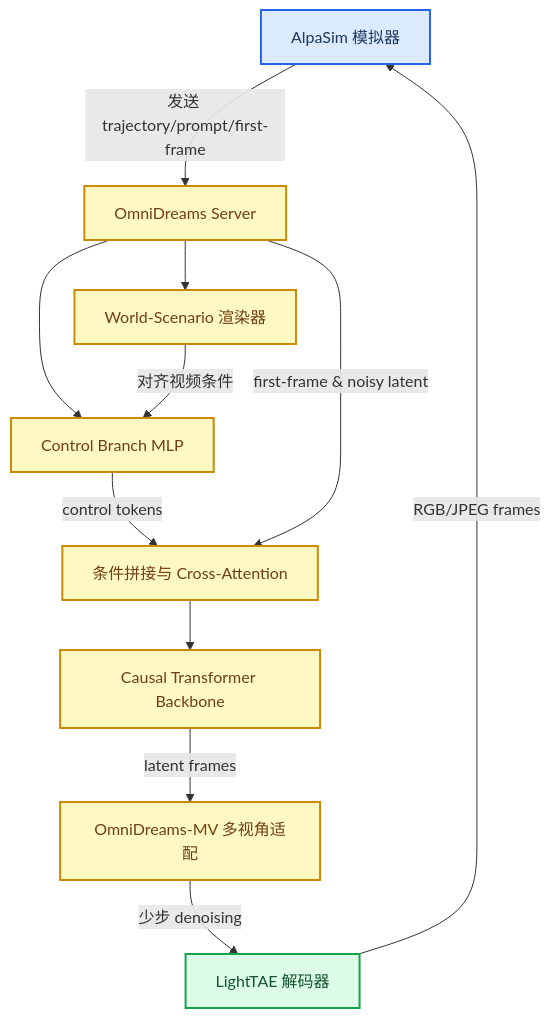
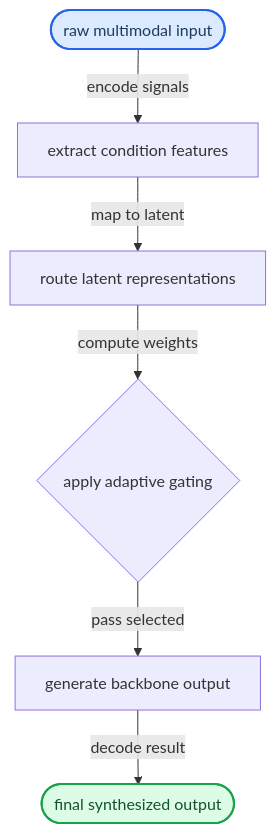
One commit to ShinewineW/paper-rolling changed the third of 10 diagrams in person_vault/2026-06-12_OmniDreamsRealTimeGenerativeWorldModel_2606.03159/report.md. Above: the diagram before and after it, drawn with Mermaid. The commit also changed other lines of this file and 300 other files, not shown here.

````diff
--- a/person_vault/2026-06-12_OmniDreamsRealTimeGenerativeWorldModel_2606.03159/report.md
+++ b/person_vault/2026-06-12_OmniDreamsRealTimeGenerativeWorldModel_2606.03159/report.md
@@ -159,21 +133,19 @@
 ```mermaid
 flowchart TB
-    AlpaSim["AlpaSim 模拟器"] -->|发送 trajectory/prompt/first-frame| OmniServer["OmniDreams Server"]
-    OmniServer --> WSR["World-Scenario 渲染器"]
-    OmniServer --> CB["Control Branch MLP"]
-    WSR -->|对齐视频条件| CB
-    CB -->|control tokens| Concat["条件拼接与 Cross-Attention"]
-    OmniServer -->|first-frame & noisy latent| Concat
-    Concat --> CausalTB["Causal Transformer Backbone"]
-    CausalTB -->|latent frames| ODMV["OmniDreams-MV 多视角适配"]
-    ODMV -->|少步 denoising| LightTAE["LightTAE 解码器"]
-    LightTAE -->|RGB/JPEG frames| AlpaSim
-
-    class AlpaSim required
-    class LightTAE output
-    class OmniServer,WSR,CB,Concat,CausalTB,ODMV optional
-    
     classDef required fill:#dbeafe,stroke:#2563eb,stroke-width:2px,color:#1e3a5f
     classDef output fill:#dcfce7,stroke:#16a34a,stroke-width:2px,color:#14532d
     classDef optional fill:#fef9c3,stroke:#ca8a04,stroke-width:2px,color:#713f12
+
+    start_node(["raw multimodal input"]):::required
+    cond_extract["extract condition features"]
+    latent_route["route latent representations"]
+    gate_decision{apply adaptive gating}
+    gen_backbone["generate backbone output"]
+    end_node(["final synthesized output"]):::output
+
+    start_node -->|encode signals| cond_extract
+    cond_extract -->|map to latent| latent_route
+    latent_route -->|compute weights| gate_decision
+    gate_decision -->|pass selected| gen_backbone
+    gen_backbone -->|decode result| end_node
 ```
````
